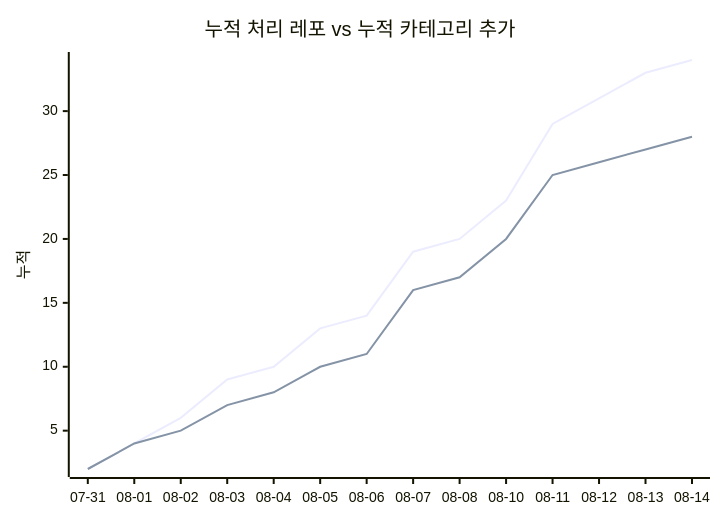
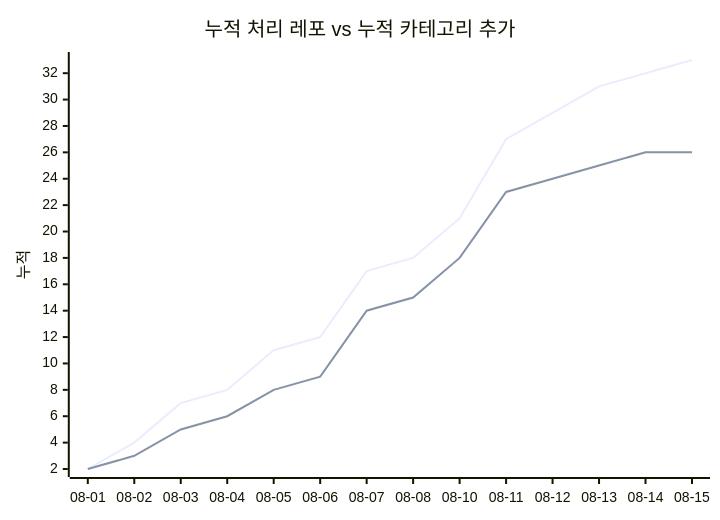
The second of 2 diagrams in docs/trends.md (J-nowcow/awesome-korean-agent-skills), drawn with Mermaid before and after one commit. The commit also changed other lines of this file and 2 other files, not shown here.

````diff
--- a/docs/trends.md
+++ b/docs/trends.md
@@ -68,8 +68,8 @@
 ```mermaid
 xychart-beta
     title "누적 처리 레포 vs 누적 카테고리 추가"
-    x-axis ["07-31","08-01","08-02","08-03","08-04","08-05","08-06","08-07","08-08","08-10","08-11","08-12","08-13","08-14"]
+    x-axis ["08-01","08-02","08-03","08-04","08-05","08-06","08-07","08-08","08-10","08-11","08-12","08-13","08-14","08-15"]
     y-axis "누적"
-    line [2,4,6,9,10,13,14,19,20,23,29,31,33,34]
-    line [2,4,5,7,8,10,11,16,17,20,25,26,27,28]
+    line [2,4,7,8,11,12,17,18,21,27,29,31,32,33]
+    line [2,3,5,6,8,9,14,15,18,23,24,25,26,26]
 ```
````
